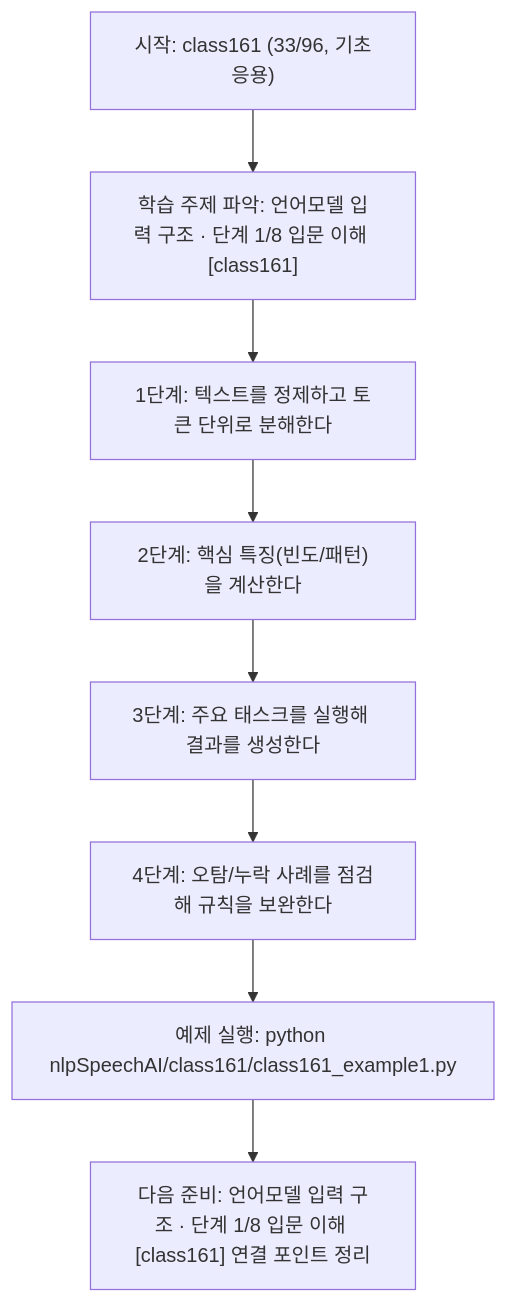
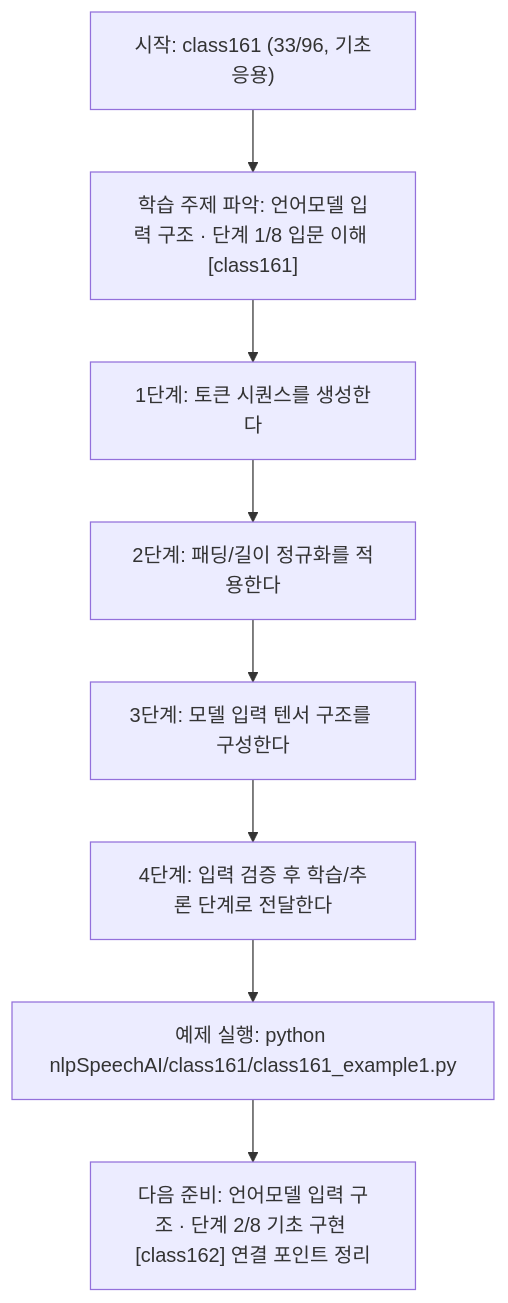
Before and after one commit to edumgt/Python-AI_Agent-Class: the diagram in nlpSpeechAI/class161/class161.md, drawn with Mermaid. The commit also changed other lines of this file and 1122 other files, not shown here.

````diff
--- a/nlpSpeechAI/class161/class161.md
+++ b/nlpSpeechAI/class161/class161.md
@@ -114,18 +95,18 @@
 ```mermaid
 flowchart TD
 N1["시작: class161 (33/96, 기초응용)"]
 N2["학습 주제 파악: 언어모델 입력 구조 · 단계 1/8 입문 이해 [class161]"]
-N3["1단계: 텍스트를 정제하고 토큰 단위로 분해한다"]
-N4["2단계: 핵심 특징(빈도/패턴)을 계산한다"]
-N5["3단계: 주요 태스크를 실행해 결과를 생성한다"]
-N6["4단계: 오탐/누락 사례를 점검해 규칙을 보완한다"]
+N3["1단계: 토큰 시퀀스를 생성한다"]
+N4["2단계: 패딩/길이 정규화를 적용한다"]
+N5["3단계: 모델 입력 텐서 구조를 구성한다"]
+N6["4단계: 입력 검증 후 학습/추론 단계로 전달한다"]
 N7["예제 실행: python nlpSpeechAI/class161/class161_example1.py"]
-N8["다음 준비: 언어모델 입력 구조 · 단계 1/8 입문 이해 [class161] 연결 포인트 정리"]
+N8["다음 준비: 언어모델 입력 구조 · 단계 2/8 기초 구현 [class162] 연결 포인트 정리"]
 N1 --> N2
 N2 --> N3
 N3 --> N4
 N4 --> N5
 N5 --> N6
 N6 --> N7
 N7 --> N8
 ```
````
